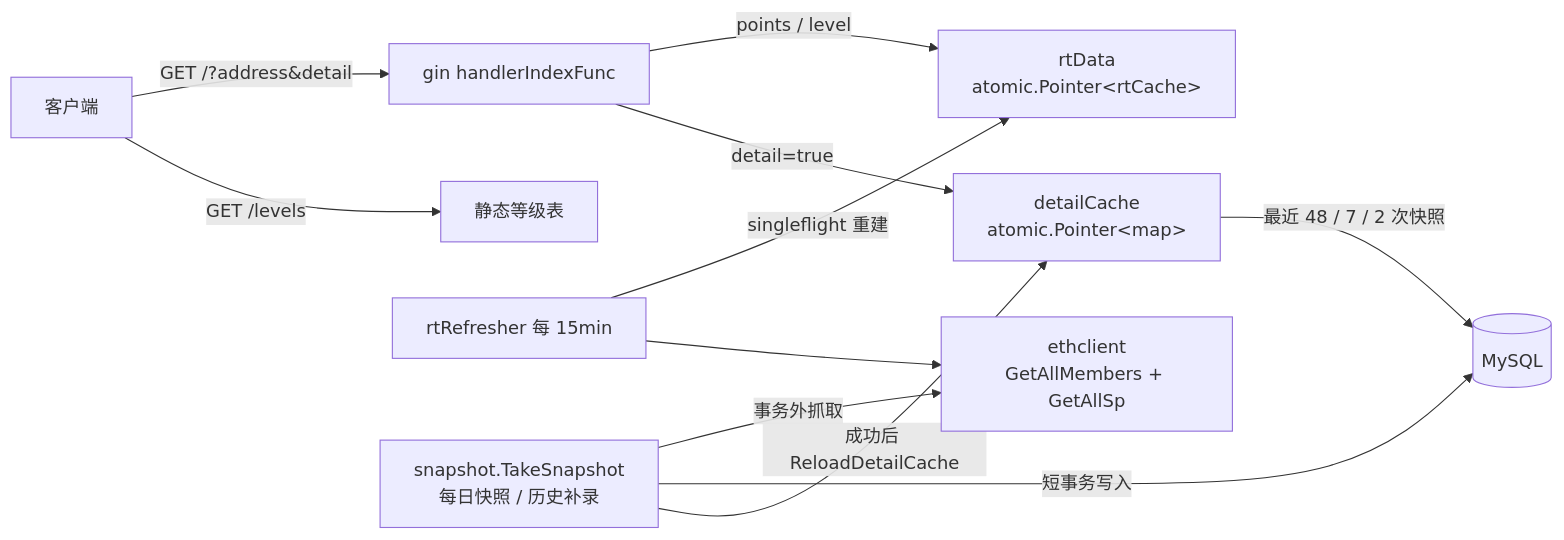
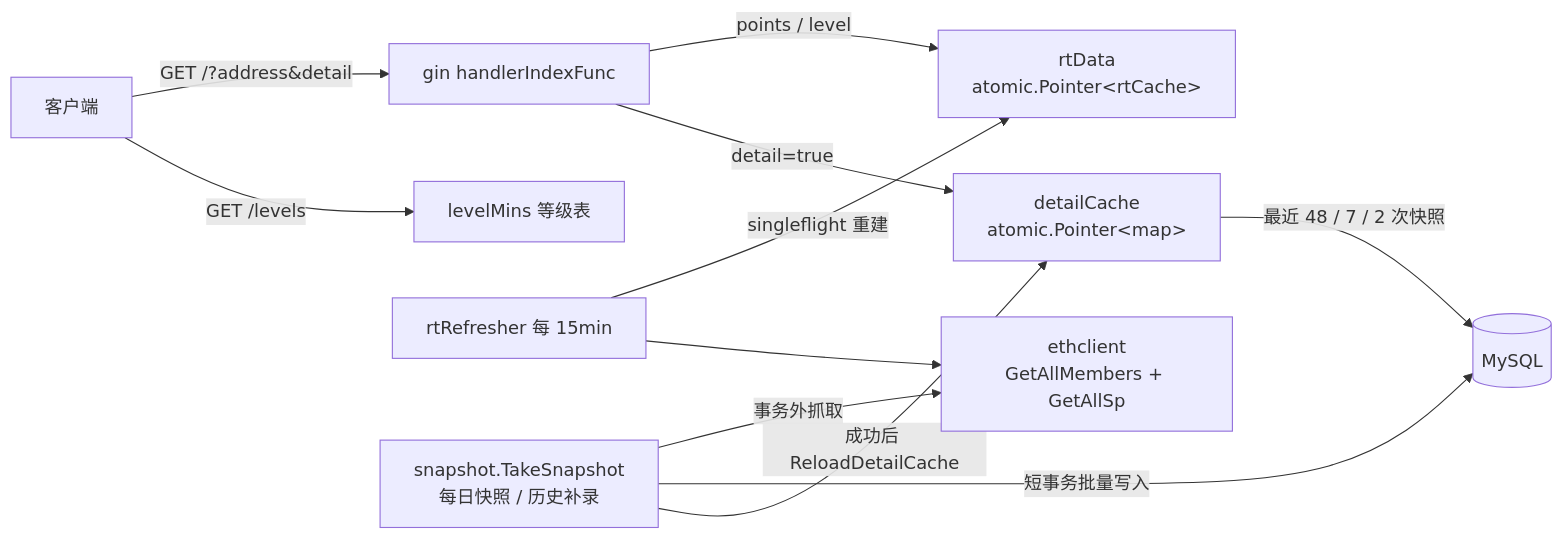
Before and after one commit to 48Club/48SoulPoint: the diagram in mermaid.MD, drawn with Mermaid.

Commit message:
fix: 修正文档中的等级表描述，更新短事务写入为批量写入

````diff
--- a/mermaid.MD
+++ b/mermaid.MD
@@ -1,13 +1,13 @@
 ```mermaid
 flowchart LR
     C[客户端] -->|GET /?address&detail| G[gin handlerIndexFunc]
-    C -->|GET /levels| L[静态等级表]
+    C -->|GET /levels| L[levelMins 等级表]
     G -->|points / level| RT[rtData<br/>atomic.Pointer&lt;rtCache&gt;]
     G -->|detail=true| DC[detailCache<br/>atomic.Pointer&lt;map&gt;]
     R[rtRefresher 每 15min] -->|singleflight 重建| RT
     R --> E[ethclient<br/>GetAllMembers + GetAllSp]
     S[snapshot.TakeSnapshot<br/>每日快照 / 历史补录] -->|事务外抓取| E
-    S -->|短事务写入| DB[(MySQL)]
+    S -->|短事务批量写入| DB[(MySQL)]
     S -->|成功后 ReloadDetailCache| DC
     DC -->|最近 48 / 7 / 2 次快照| DB
 ```
````
